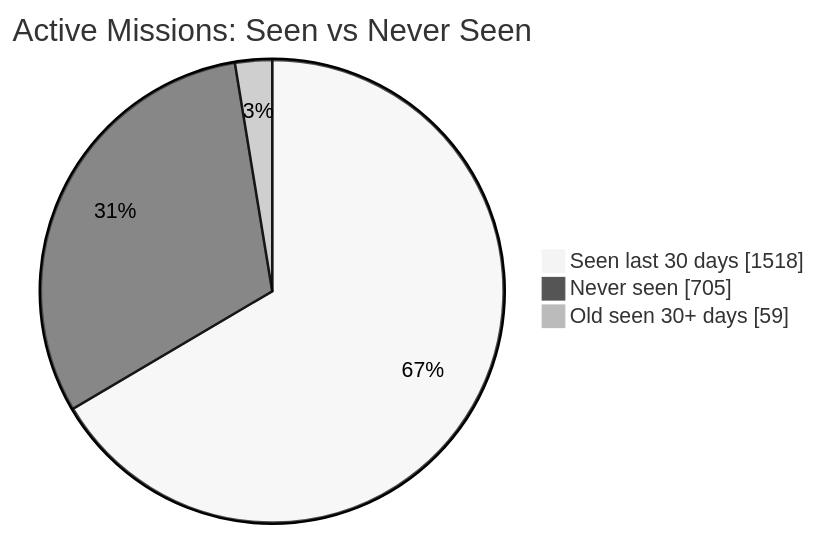
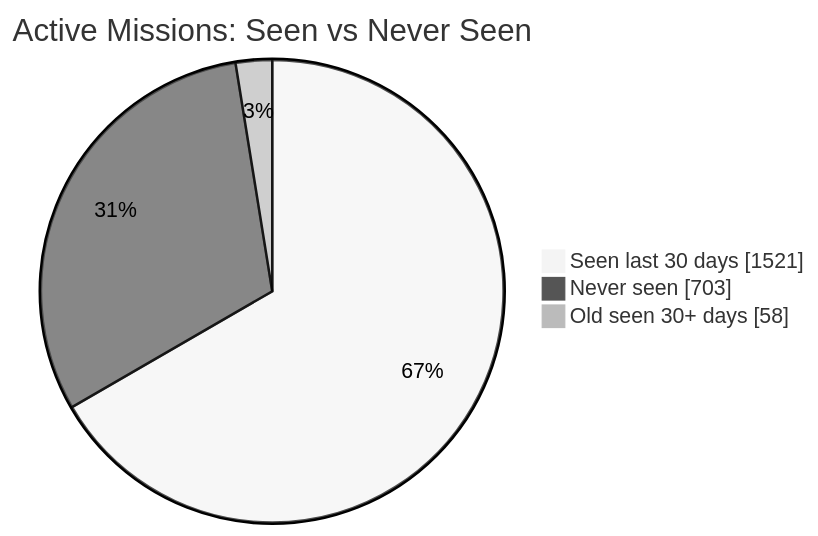
Before and after one commit to MeldkamerspelGameTeam/active-missions: the first of 2 diagrams in README.md, drawn with Mermaid (neutral theme). The commit also changed other lines of this file and 3 other files, not shown here.

````diff
--- a/README.md
+++ b/README.md
@@ -34,7 +34,7 @@
 ```mermaid
 pie showData
     title Active Missions: Seen vs Never Seen
-    "Seen last 30 days" : 1518
-    "Never seen" : 705
-    "Old seen 30+ days" : 59
+    "Seen last 30 days" : 1521
+    "Never seen" : 703
+    "Old seen 30+ days" : 58
 ```
````
